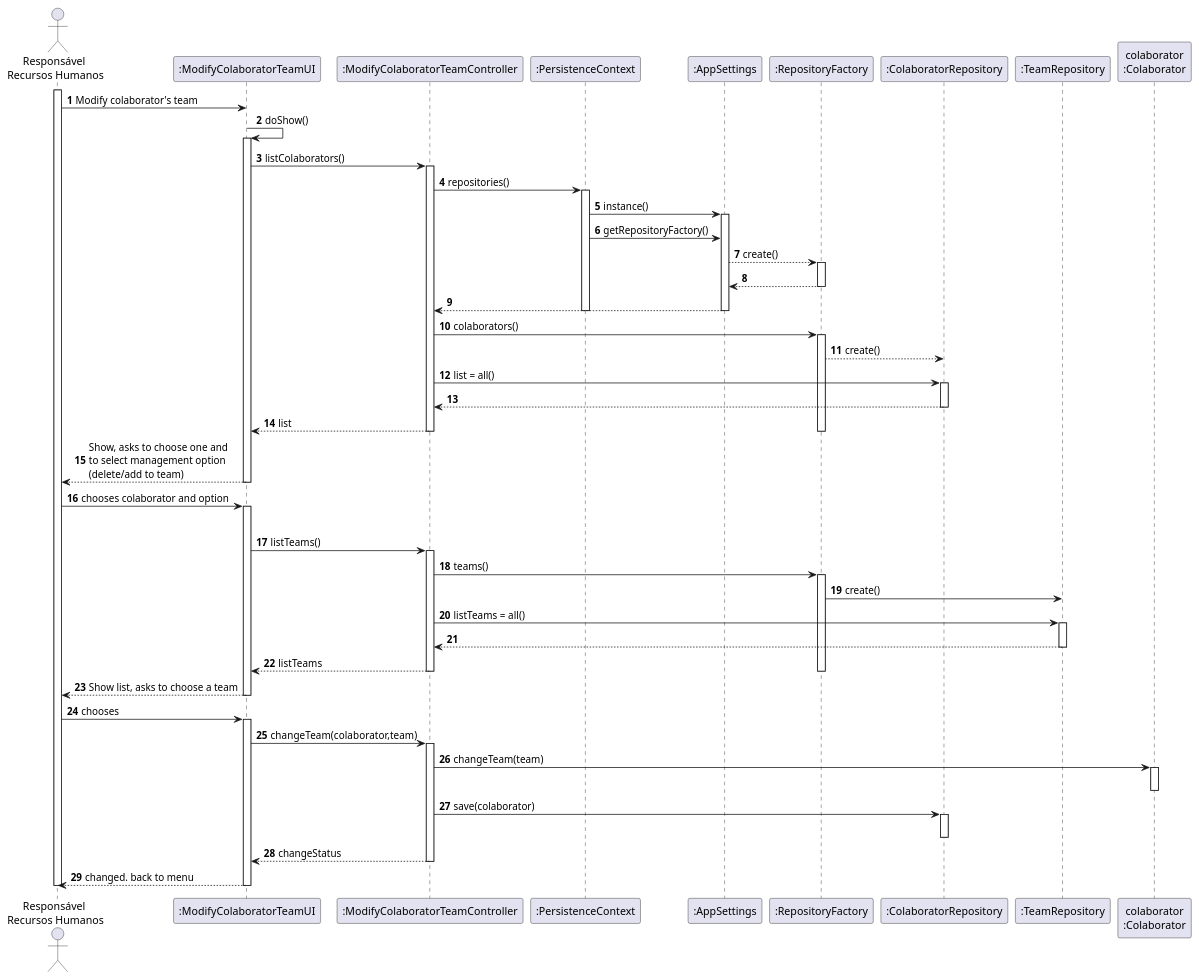
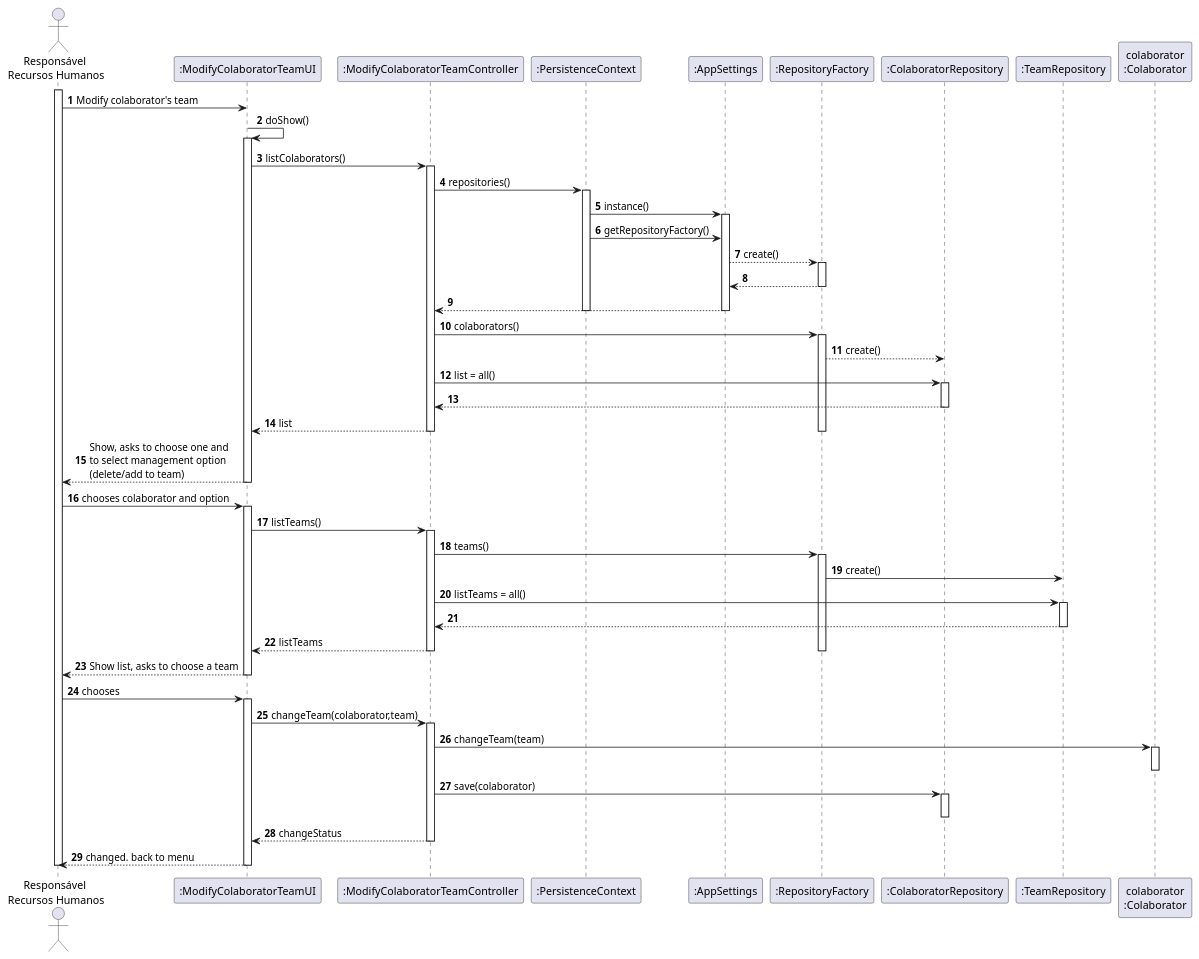
The diagram in docs/1190743/US2053/SD_US2053.puml (Joao-PP-Alves/isep-lapr4), drawn with PlantUML before and after one commit. The commit also changed 28 other files, not shown here.

```diff
--- a/docs/1190743/US2053/SD_US2053.puml
+++ b/docs/1190743/US2053/SD_US2053.puml
@@ -1,88 +1,87 @@
 @startuml
 autonumber
 
 actor "Responsável \nRecursos Humanos" as RRH
 participant ":ModifyColaboratorTeamUI" as UI
 participant ":ModifyColaboratorTeamController" as CTRL
 participant ":PersistenceContext" as PerC
 participant ":AppSettings" as APP
 participant ":RepositoryFactory" as REPFAC
 participant ":ColaboratorRepository" as COLABREP
 participant ":TeamRepository" as TEAMREP
 participant "colaborator\n:Colaborator" as COLAB
 
 
 activate RRH
 RRH -> UI : Modify colaborator's team
 UI -> UI : doShow()
 activate UI
 UI -> CTRL : listColaborators()
 activate CTRL
 CTRL -> PerC : repositories()
 activate PerC
 PerC -> APP : instance()
 activate APP
 PerC -> APP : getRepositoryFactory()
 APP --> REPFAC : create()
 activate REPFAC
 REPFAC --> APP
 deactivate REPFAC
 APP --> CTRL
 deactivate APP
 deactivate PerC
 CTRL -> REPFAC : colaborators()
 activate REPFAC
 REPFAC --> COLABREP : create()
 CTRL -> COLABREP : list = all()
 activate COLABREP
 COLABREP --> CTRL
 deactivate COLABREP
 CTRL --> UI : list
 deactivate REPFAC
 deactivate CTRL
 UI --> RRH : Show, asks to choose one and\nto select management option\n(delete/add to team)
 deactivate UI
 RRH -> UI: chooses colaborator and option
-opt over UI : COLABREP
 activate UI
 UI -> CTRL : listTeams()
 activate CTRL
 CTRL -> REPFAC : teams()
 activate REPFAC
 REPFAC -> TEAMREP : create()
 CTRL -> TEAMREP : listTeams = all()
 activate TEAMREP
 TEAMREP --> CTRL
 deactivate TEAMREP
 CTRL --> UI : listTeams
 deactivate REPFAC
 deactivate CTRL
 UI --> RRH : Show list, asks to choose a team
 deactivate UI
 RRH -> UI : chooses
 activate UI
 UI -> CTRL : changeTeam(colaborator,team)
 activate CTRL
 CTRL -> COLAB : changeTeam(team)
 activate COLAB
 deactivate COLAB
 CTRL -> COLABREP : save(colaborator)
 activate COLABREP
 deactivate COLABREP
 CTRL --> UI : changeStatus
 deactivate CTRL
 UI --> RRH : changed. back to menu
 deactivate UI
 deactivate RRH
 
 
 
 
 
 
 
 
 
 
 
 @enduml
```
